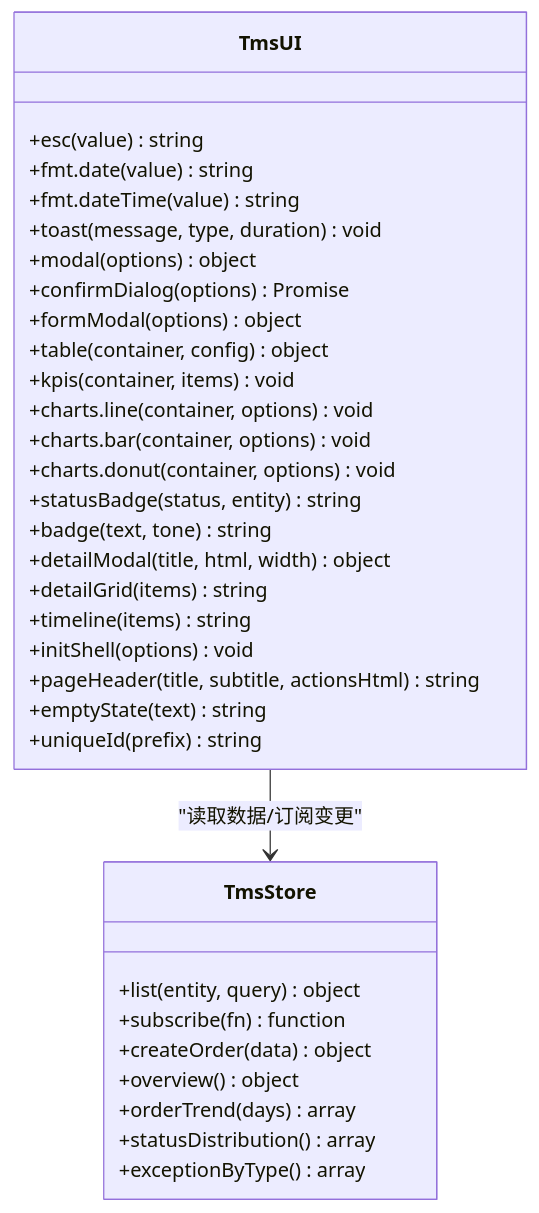
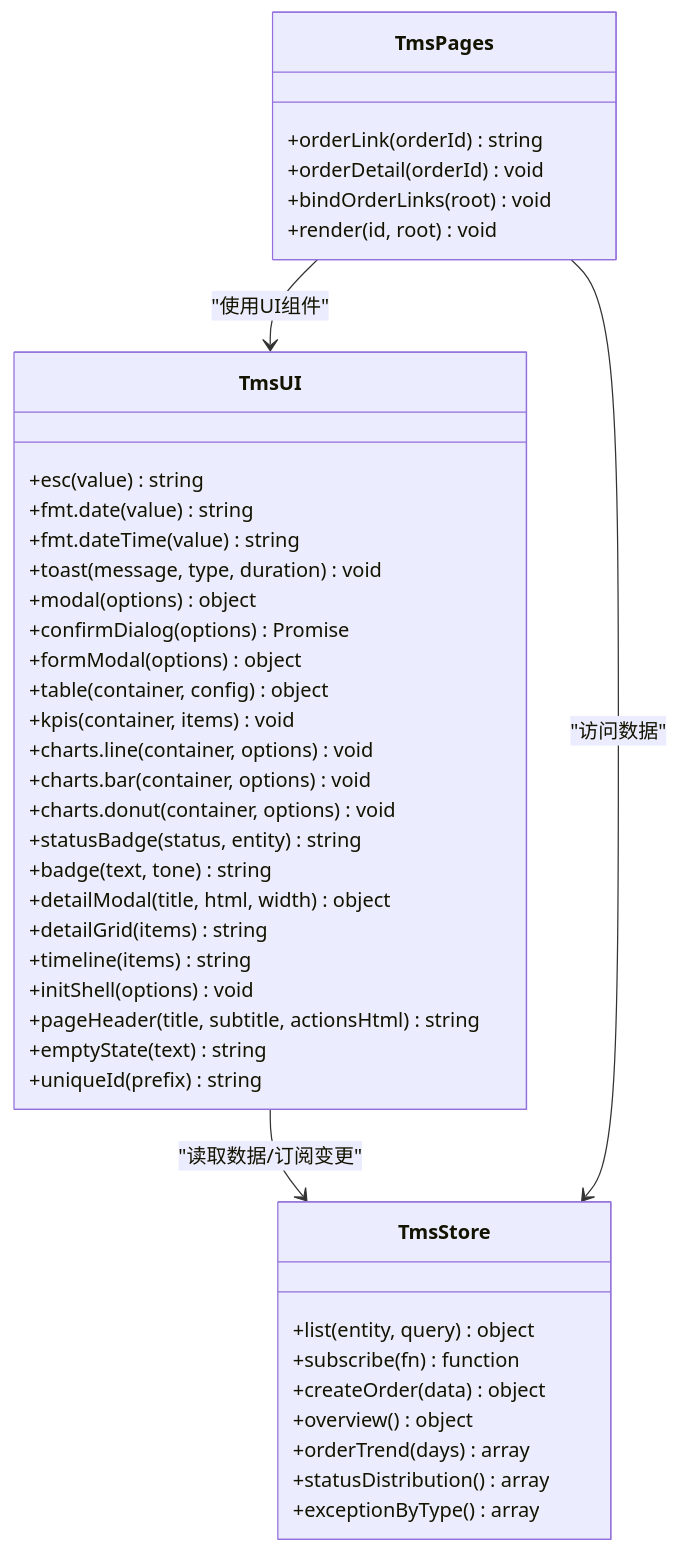
The second of 10 diagrams in .qoder/repowiki/zh/content/系统架构设计/UI组件架构/UI组件架构.md (PengLine/blog-tms), drawn with Mermaid before and after one commit. The commit also changed other lines of this file and 101 other files, not shown here.

````diff
--- a/.qoder/repowiki/zh/content/系统架构设计/UI组件架构/UI组件架构.md
+++ b/.qoder/repowiki/zh/content/系统架构设计/UI组件架构/UI组件架构.md
@@ -79,36 +97,44 @@
 ```mermaid
 classDiagram
 class TmsUI {
 +esc(value) string
 +fmt.date(value) string
 +fmt.dateTime(value) string
 +toast(message, type, duration) void
 +modal(options) object
 +confirmDialog(options) Promise
 +formModal(options) object
 +table(container, config) object
 +kpis(container, items) void
 +charts.line(container, options) void
 +charts.bar(container, options) void
 +charts.donut(container, options) void
 +statusBadge(status, entity) string
 +badge(text, tone) string
 +detailModal(title, html, width) object
 +detailGrid(items) string
 +timeline(items) string
 +initShell(options) void
 +pageHeader(title, subtitle, actionsHtml) string
 +emptyState(text) string
 +uniqueId(prefix) string
 }
+class TmsPages {
++orderLink(orderId) string
++orderDetail(orderId) void
++bindOrderLinks(root) void
++render(id, root) void
+}
 class TmsStore {
 +list(entity, query) object
 +subscribe(fn) function
 +createOrder(data) object
 +overview() object
 +orderTrend(days) array
 +statusDistribution() array
 +exceptionByType() array
 }
 TmsUI --> TmsStore : "读取数据/订阅变更"
+TmsPages --> TmsUI : "使用UI组件"
+TmsPages --> TmsStore : "访问数据"
 ```
````
